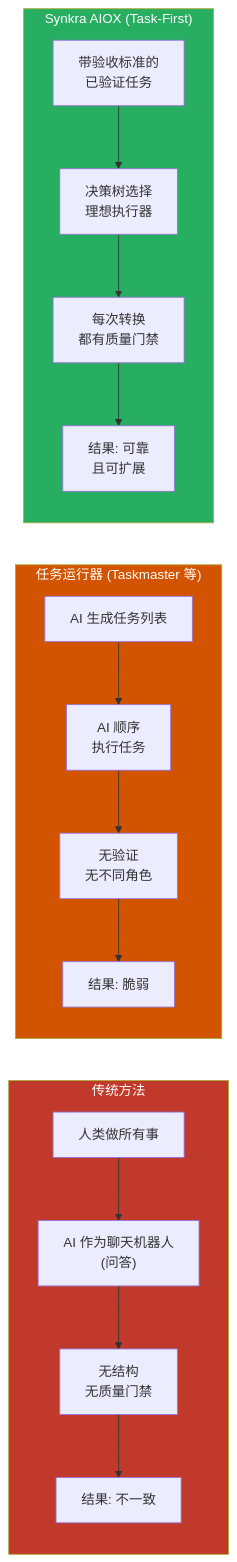
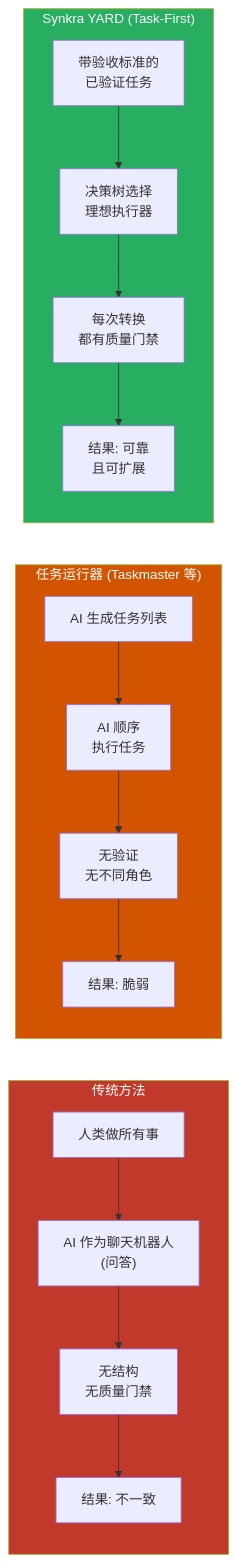
Before and after one commit to ernesto-langa/yard-core: diagram 12 of 12 in docs/zh/architecture/AIOX-VISUAL-OVERVIEW.md, drawn with Mermaid. The commit also changed other lines of this file and 529 other files, not shown here.

````diff
--- a/docs/zh/architecture/AIOX-VISUAL-OVERVIEW.md
+++ b/docs/zh/architecture/AIOX-VISUAL-OVERVIEW.md
@@ -527,27 +527,27 @@
 ```mermaid
 flowchart LR
     subgraph TRAD["传统方法"]
         direction TB
         T1["人类做所有事"] --> T2["AI 作为聊天机器人<br/>(问答)"]
         T2 --> T3["无结构<br/>无质量门禁"]
         T3 --> T4["结果: 不一致"]
     end
 
     subgraph TASKMASTER["任务运行器 (Taskmaster 等)"]
         direction TB
         TM1["AI 生成任务列表"] --> TM2["AI 顺序<br/>执行任务"]
         TM2 --> TM3["无验证<br/>无不同角色"]
         TM3 --> TM4["结果: 脆弱"]
     end
 
-    subgraph AIOX_WAY["Synkra AIOX (Task-First)"]
+    subgraph YARD_WAY["Synkra YARD (Task-First)"]
         direction TB
         A1["带验收标准的<br/>已验证任务"] --> A2["决策树选择<br/>理想执行器"]
         A2 --> A3["每次转换<br/>都有质量门禁"]
         A3 --> A4["结果: 可靠<br/>且可扩展"]
     end
 
     style TRAD fill:#c0392b,color:#fff
     style TASKMASTER fill:#d35400,color:#fff
-    style AIOX_WAY fill:#27ae60,color:#fff
+    style YARD_WAY fill:#27ae60,color:#fff
 ```
````
